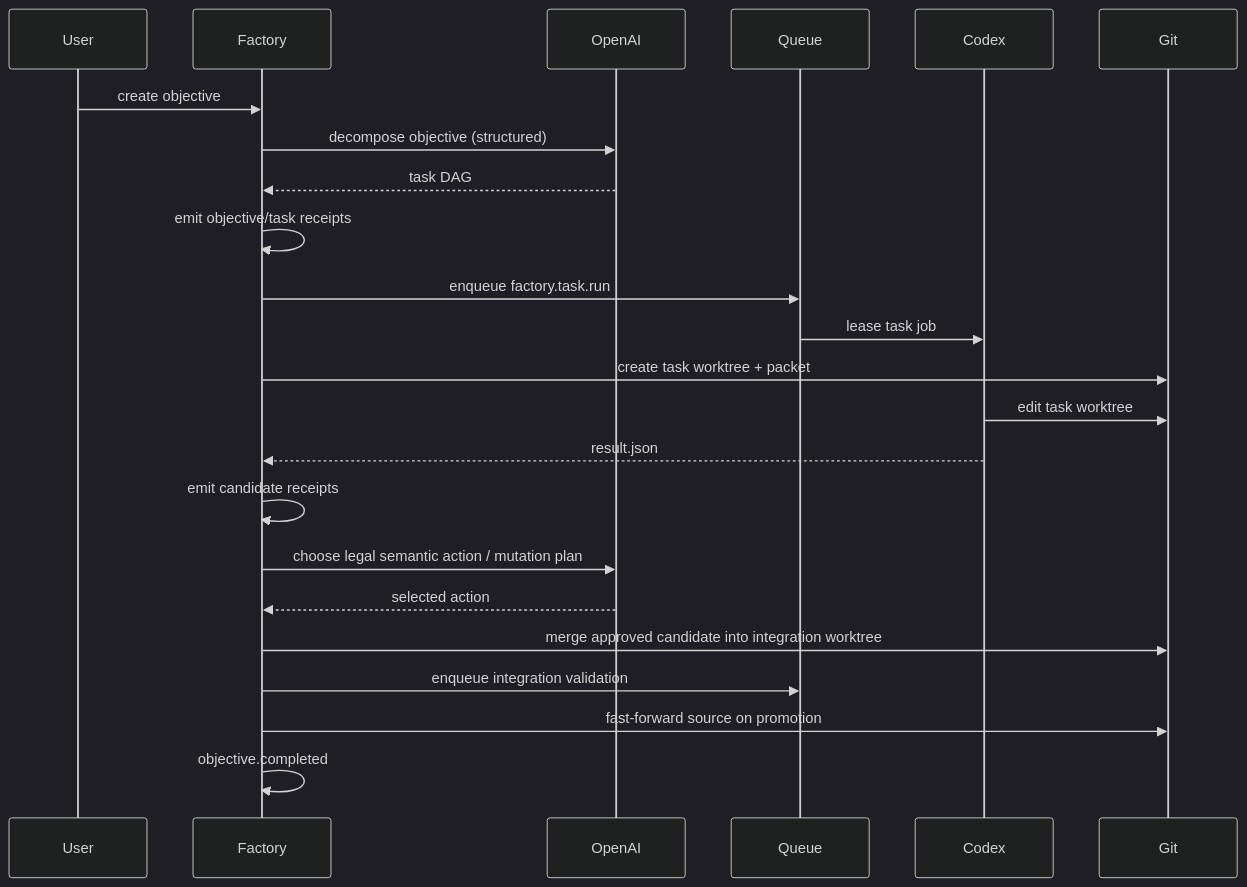
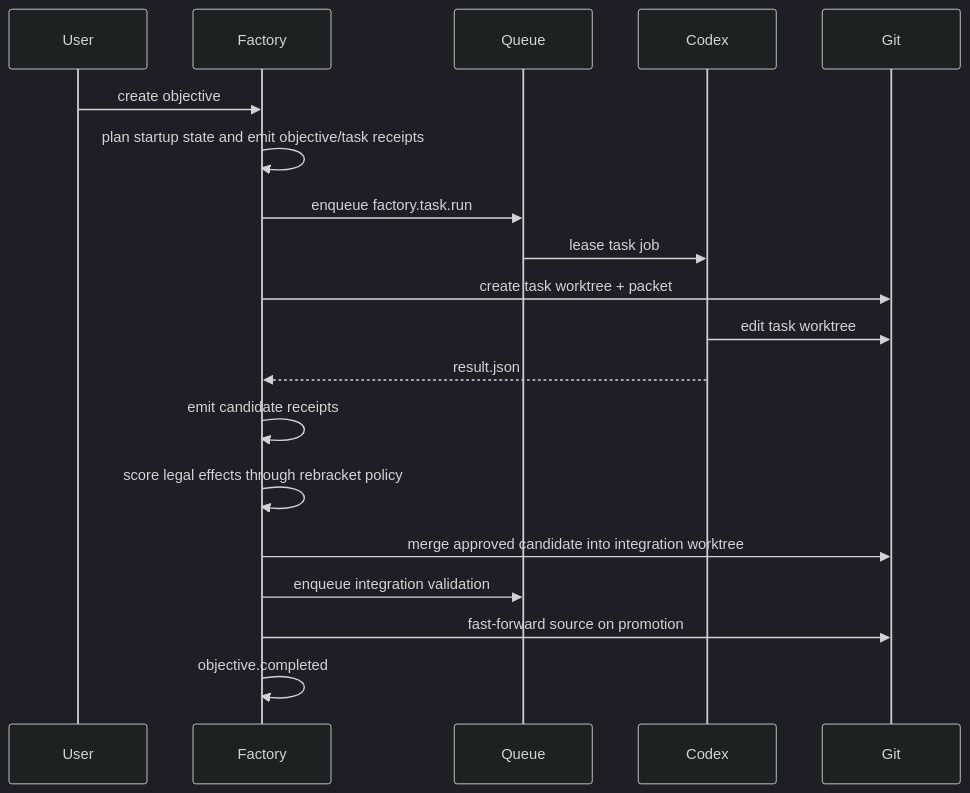
One commit to skishore23/receipt changed the seventh of 7 diagrams in docs/factory-agent-orchestration.md. Above: the diagram before and after it, drawn with Mermaid (dark theme). The commit also changed other lines of this file and 73 other files, not shown here.

Commit message:
Refactor Factory surfaces and harden objective recovery

````diff
--- a/docs/factory-agent-orchestration.md
+++ b/docs/factory-agent-orchestration.md
@@ -538,26 +494,22 @@
 ```mermaid
 sequenceDiagram
   participant User
   participant Factory
-  participant OpenAI
   participant Queue
   participant Codex
   participant Git
 
   User->>Factory: create objective
-  Factory->>OpenAI: decompose objective (structured)
-  OpenAI-->>Factory: task DAG
-  Factory->>Factory: emit objective/task receipts
+  Factory->>Factory: plan startup state and emit objective/task receipts
   Factory->>Queue: enqueue factory.task.run
   Queue->>Codex: lease task job
   Factory->>Git: create task worktree + packet
   Codex->>Git: edit task worktree
   Codex-->>Factory: result.json
   Factory->>Factory: emit candidate receipts
-  Factory->>OpenAI: choose legal semantic action / mutation plan
-  OpenAI-->>Factory: selected action
+  Factory->>Factory: score legal effects through rebracket policy
   Factory->>Git: merge approved candidate into integration worktree
   Factory->>Queue: enqueue integration validation
   Factory->>Git: fast-forward source on promotion
   Factory->>Factory: objective.completed
 ```
````
